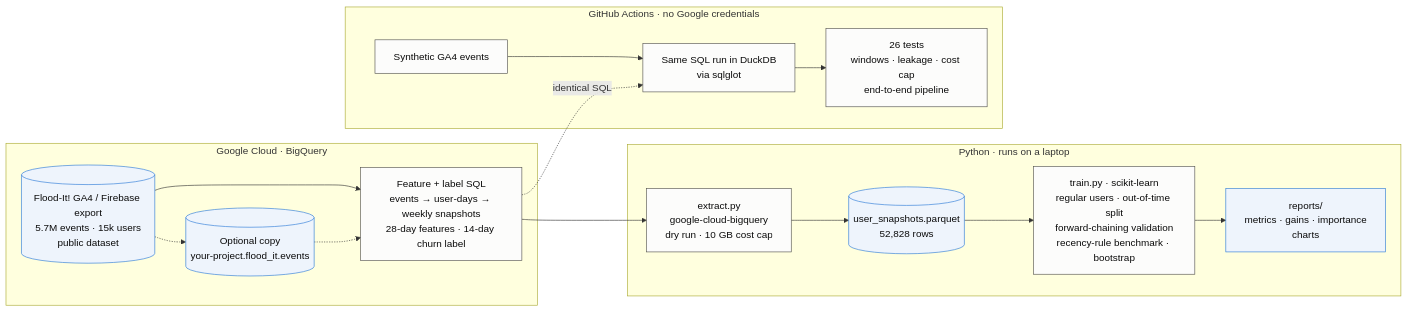
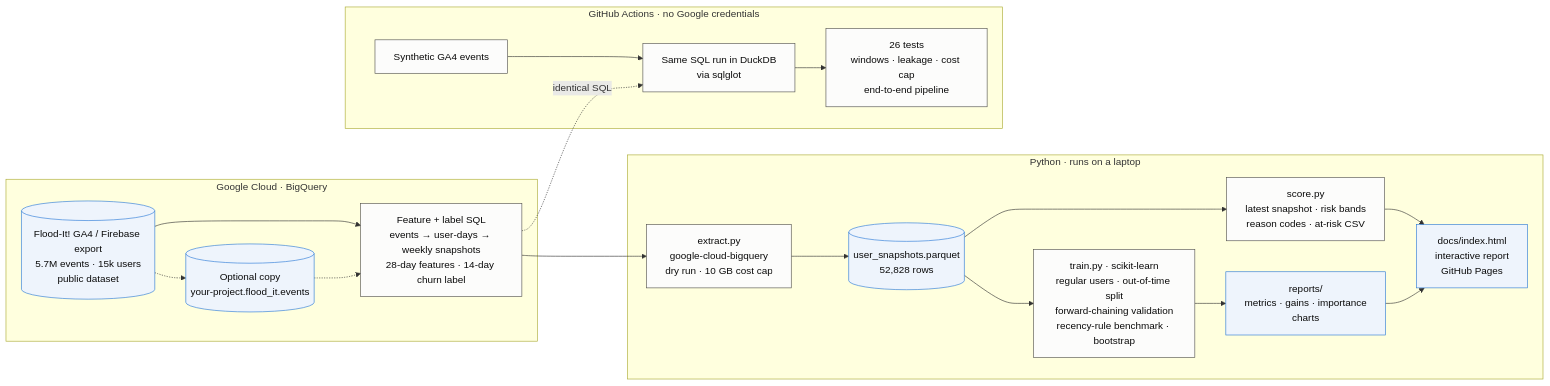
The first of 2 diagrams in README.md (farooqfaraz2024/app-engagement-churn), drawn with Mermaid before and after one commit. The commit also changed other lines of this file and 10 other files, not shown here.

First line of the commit message:
Interactive churn report, production-style scoring, demo date shift

````diff
--- a/README.md
+++ b/README.md
@@ -60,34 +94,38 @@
 ```mermaid
 flowchart LR
     subgraph GCP["Google Cloud · BigQuery"]
         RAW[("Flood-It! GA4 / Firebase export<br/>5.7M events · 15k users<br/>public dataset")]
         COPY[("Optional copy<br/>your-project.flood_it.events")]
         SQL["Feature + label SQL<br/>events → user-days → weekly snapshots<br/>28-day features · 14-day churn label"]
         RAW -.-> COPY
         RAW --> SQL
         COPY -.-> SQL
     end
 
     subgraph PY["Python · runs on a laptop"]
         EXT["extract.py<br/>google-cloud-bigquery<br/>dry run · 10 GB cost cap"]
         PQ[("user_snapshots.parquet<br/>52,828 rows")]
         TRAIN["train.py · scikit-learn<br/>regular users · out-of-time split<br/>forward-chaining validation<br/>recency-rule benchmark · bootstrap"]
         REP["reports/<br/>metrics · gains · importance<br/>charts"]
+        SCORE["score.py<br/>latest snapshot · risk bands<br/>reason codes · at-risk CSV"]
+        HTML["docs/index.html<br/>interactive report<br/>GitHub Pages"]
         EXT --> PQ --> TRAIN --> REP
+        PQ --> SCORE --> HTML
+        REP --> HTML
     end
 
     subgraph CI["GitHub Actions · no Google credentials"]
         SYN["Synthetic GA4 events"]
         DUCK["Same SQL run in DuckDB<br/>via sqlglot"]
         TESTS["26 tests<br/>windows · leakage · cost cap<br/>end-to-end pipeline"]
         SYN --> DUCK --> TESTS
     end
 
     SQL --> EXT
     SQL -. "identical SQL" .-> DUCK
 
     classDef store fill:#eef4fc,stroke:#2a78d6,color:#0b0b0b
     classDef step fill:#fcfcfb,stroke:#52514e,color:#0b0b0b
-    class RAW,COPY,PQ,REP store
-    class SQL,EXT,TRAIN,SYN,DUCK,TESTS step
+    class RAW,COPY,PQ,REP,HTML store
+    class SQL,EXT,TRAIN,SCORE,SYN,DUCK,TESTS step
 ```
````
